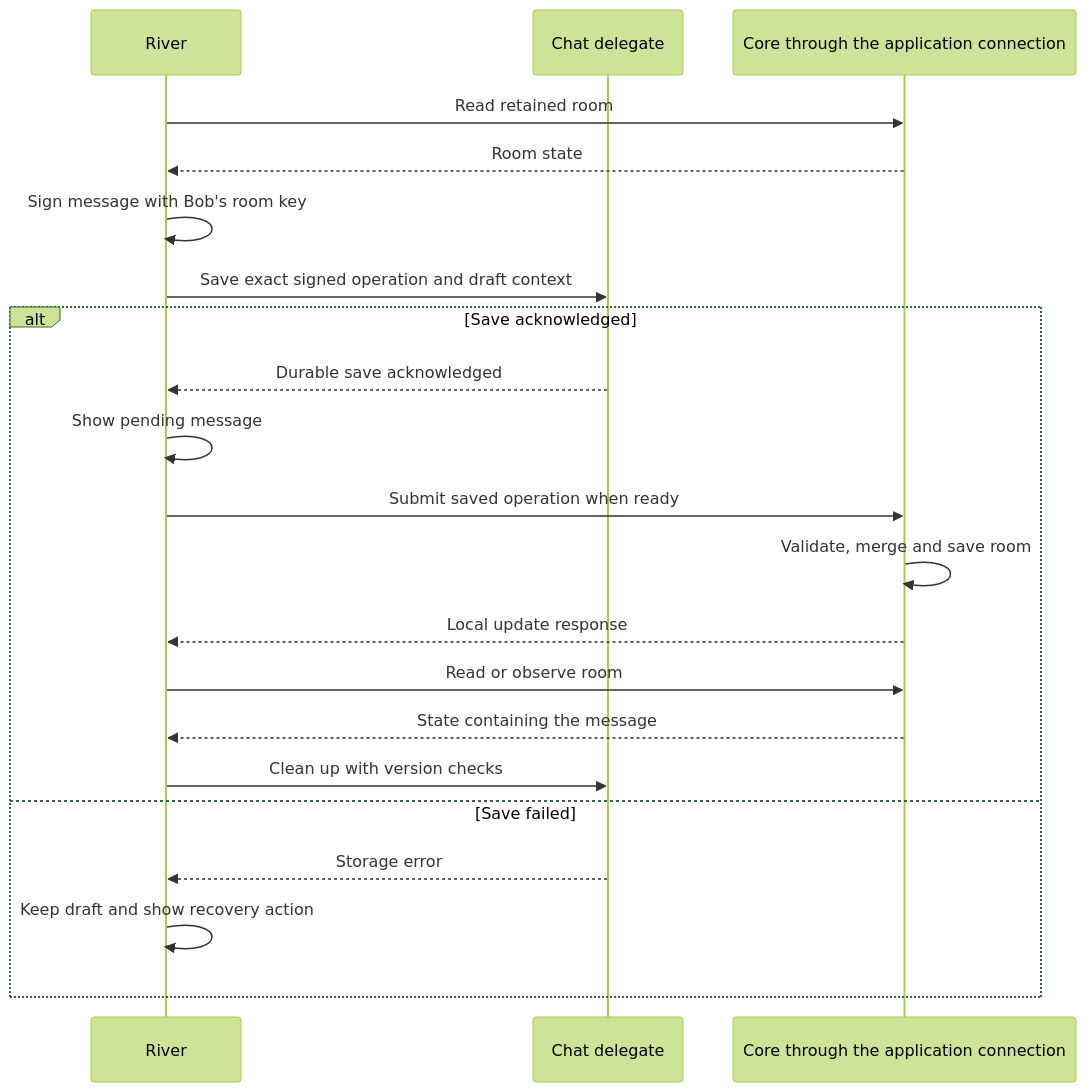
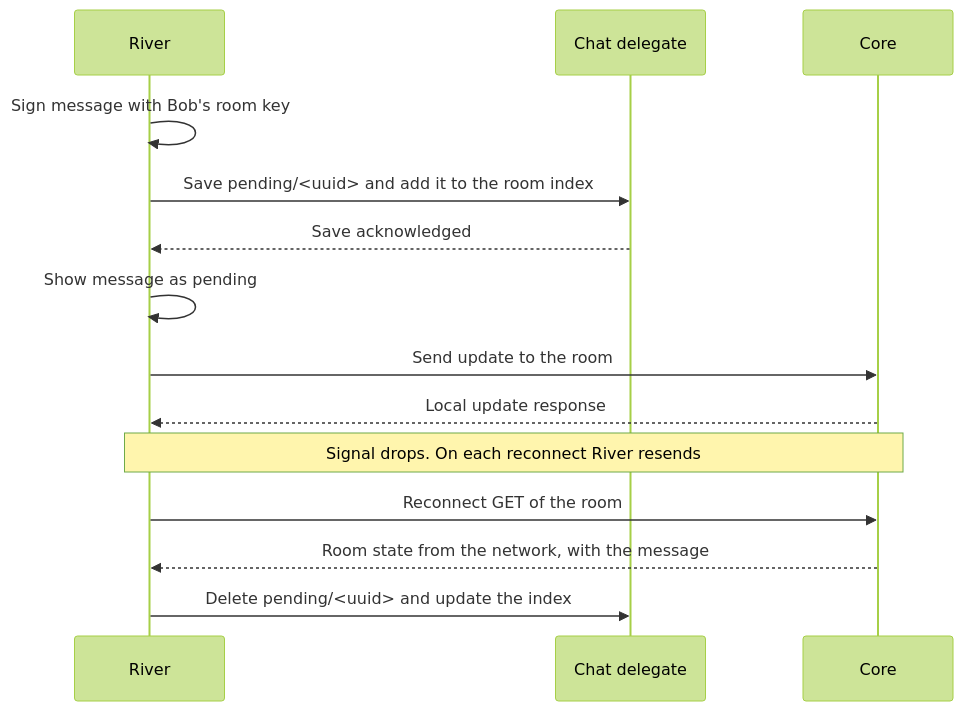
One commit to EVY-Platform/evy-freenet-plans changed the first of 2 diagrams in 1-freenet-mobile-appkit/06-data-and-operations.md. Above: the diagram before and after it, drawn with Mermaid (forest theme). The commit also changed other lines of this file and 34 other files, not shown here.

````diff
--- a/1-freenet-mobile-appkit/06-data-and-operations.md
+++ b/1-freenet-mobile-appkit/06-data-and-operations.md
@@ -44,23 +34,16 @@
 ```mermaid
 sequenceDiagram
     participant River
     participant Delegate as Chat delegate
-    participant Core as Core through the application connection
-    River->>Core: Read retained room
-    Core-->>River: Room state
+    participant Core
     River->>River: Sign message with Bob's room key
-    River->>Delegate: Save exact signed operation and draft context
-    alt Save acknowledged
-        Delegate-->>River: Durable save acknowledged
-        River->>River: Show pending message
-        River->>Core: Submit saved operation when ready
-        Core->>Core: Validate, merge and save room
-        Core-->>River: Local update response
-        River->>Core: Read or observe room
-        Core-->>River: State containing the message
-        River->>Delegate: Clean up with version checks
-    else Save failed
-        Delegate-->>River: Storage error
-        River->>River: Keep draft and show recovery action
-    end
+    River->>Delegate: Save pending/<uuid> and add it to the room index
+    Delegate-->>River: Save acknowledged
+    River->>River: Show message as pending
+    River->>Core: Send update to the room
+    Core-->>River: Local update response
+    Note over River,Core: Signal drops. On each reconnect River resends
+    River->>Core: Reconnect GET of the room
+    Core-->>River: Room state from the network, with the message
+    River->>Delegate: Delete pending/<uuid> and update the index
 ```
````
